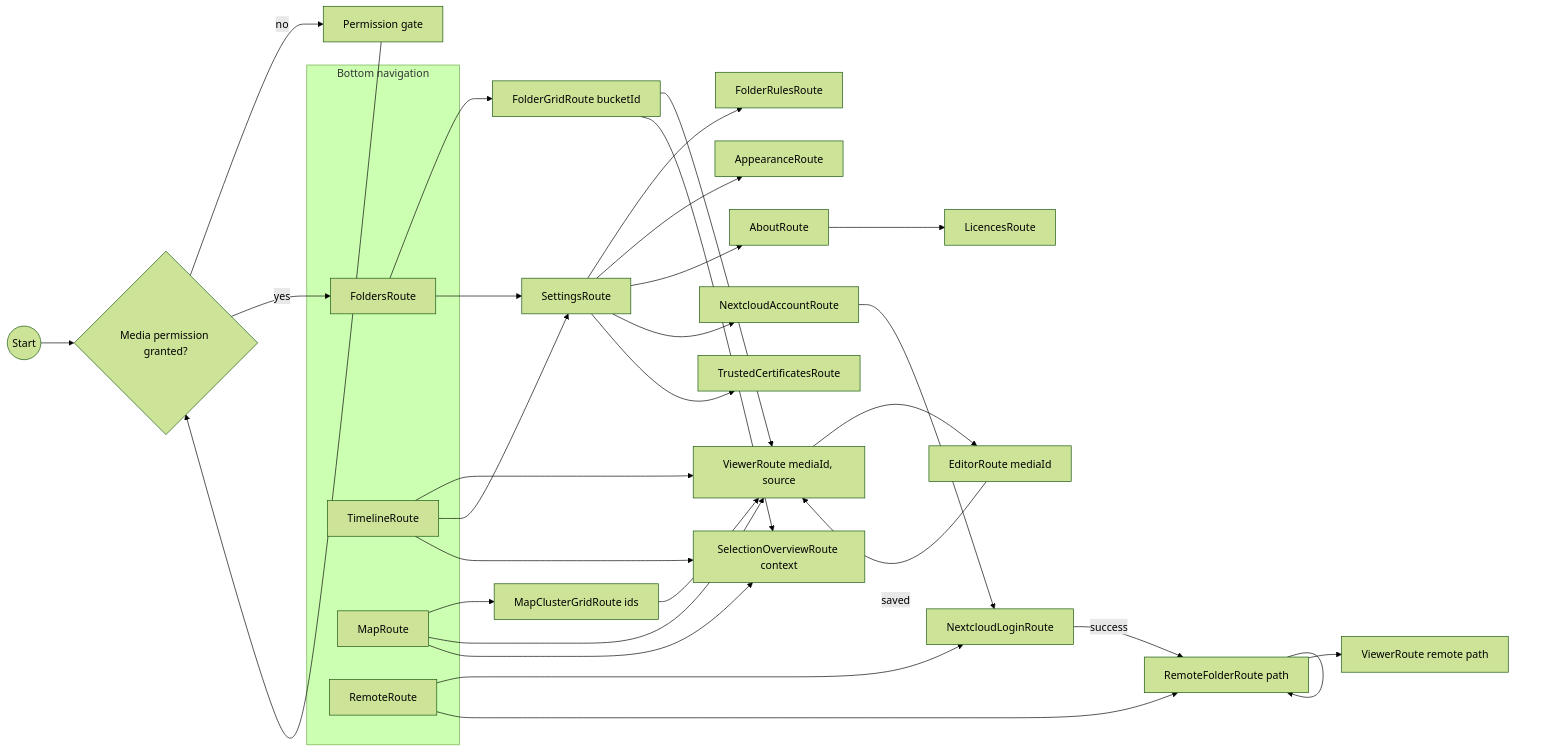
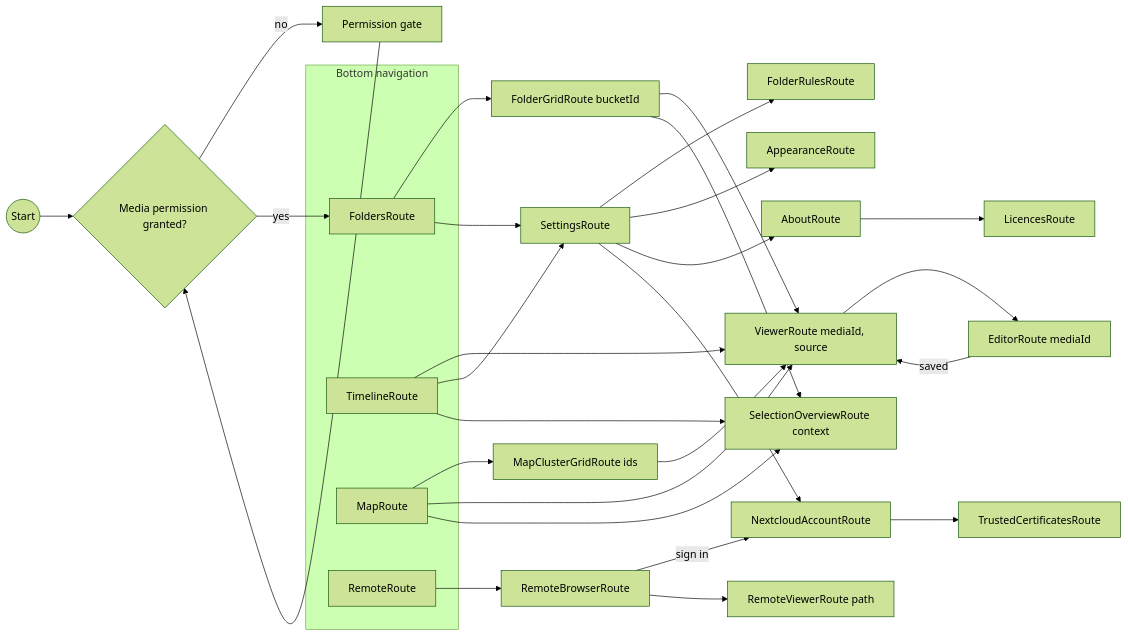
Before and after one commit to drehtuer/NextGalleryApp: diagram 12 of 12 in docs/ARCHITECTURE.md, drawn with Mermaid (forest theme). The commit also changed other lines of this file and 171 other files, not shown here.

First line of the commit message:
Add the Nextcloud login and the built-in remote browser and viewer

````diff
--- a/docs/ARCHITECTURE.md
+++ b/docs/ARCHITECTURE.md
@@ -764,42 +786,39 @@
 ```mermaid
 flowchart LR
     start(("Start")) --> perm{"Media permission granted?"}
     perm -- "no" --> PermissionScreen["Permission gate"]
     PermissionScreen --> perm
     perm -- "yes" --> Folders
 
     subgraph TopLevel["Bottom navigation"]
         Folders["FoldersRoute"]
         Timeline["TimelineRoute"]
         Map["MapRoute"]
         Remote["RemoteRoute"]
     end
 
     Folders --> FolderGrid["FolderGridRoute bucketId"]
     FolderGrid --> Viewer["ViewerRoute mediaId, source"]
     Timeline --> Viewer
     Map --> ClusterGrid["MapClusterGridRoute ids"]
     ClusterGrid --> Viewer
     Map --> Viewer
     Viewer --> Editor["EditorRoute mediaId"]
     Editor -- "saved" --> Viewer
 
-    Remote --> Login["NextcloudLoginRoute"]
-    Login -- "success" --> RemoteBrowser["RemoteFolderRoute path"]
-    Remote --> RemoteBrowser
-    RemoteBrowser --> RemoteBrowser
-    RemoteBrowser --> RemoteViewer["ViewerRoute remote path"]
+    Remote --> RemoteBrowser["RemoteBrowserRoute"]
+    RemoteBrowser -- "sign in" --> Account
+    RemoteBrowser --> RemoteViewer["RemoteViewerRoute path"]
 
     Folders --> Settings["SettingsRoute"]
     Timeline --> Settings
     Settings --> FolderRules["FolderRulesRoute"]
     Settings --> Appearance["AppearanceRoute"]
     Settings --> About["AboutRoute"]
     About --> Licences["LicencesRoute"]
     Settings --> Account["NextcloudAccountRoute"]
-    Account --> Login
-    Settings --> Certs["TrustedCertificatesRoute"]
+    Account --> Certs["TrustedCertificatesRoute"]
     FolderGrid --> SelOverview["SelectionOverviewRoute context"]
     Timeline --> SelOverview
     Map --> SelOverview
 ```
````
